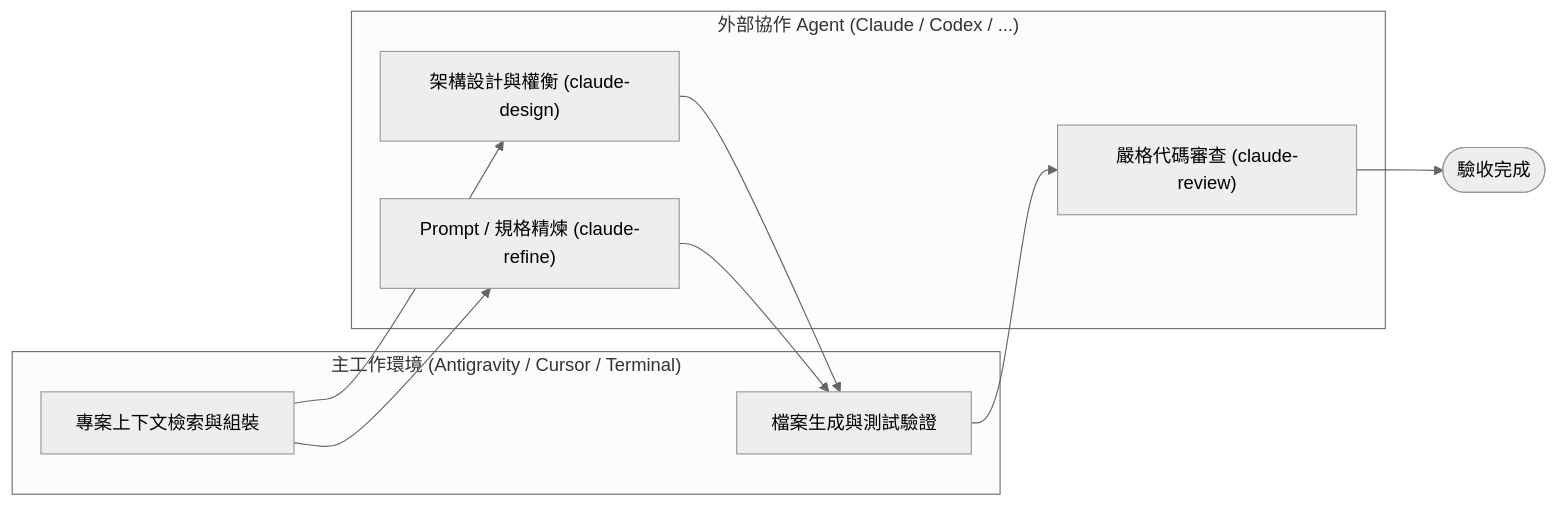
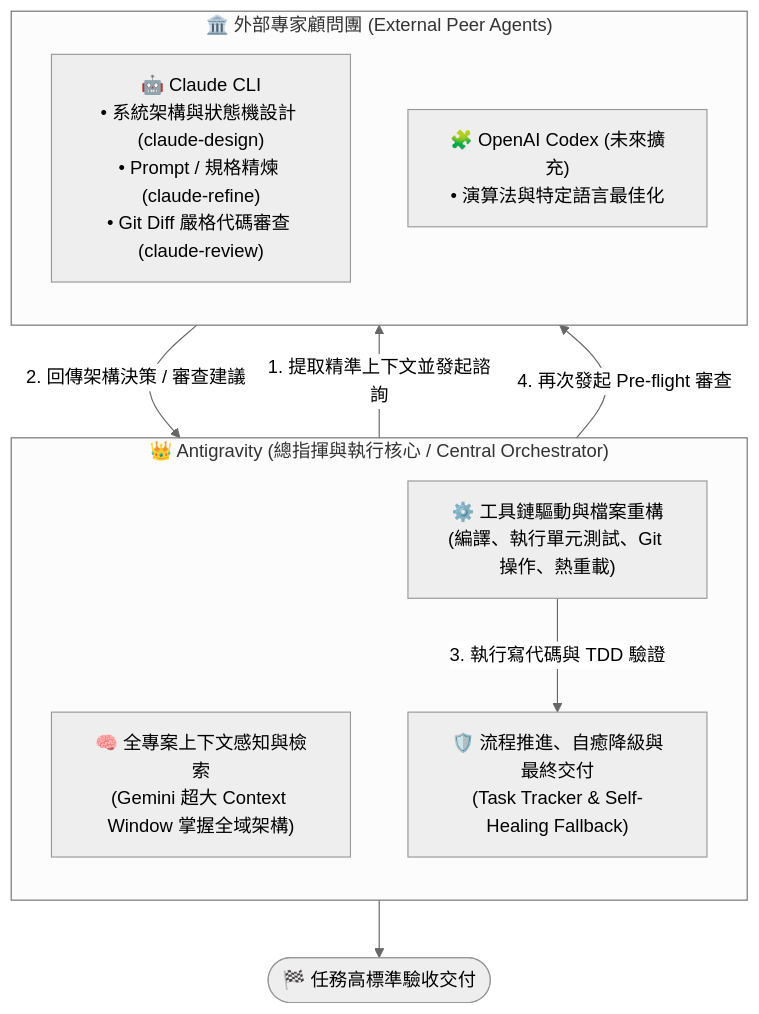
Before and after one commit to gogog22510/agent-collaborator: the first of 2 diagrams in README.md, drawn with Mermaid (neutral theme). The commit also changed other lines of this file, not shown here.

Commit message:
docs: emphasize Antigravity as the central Orchestrator in architecture and workflow

````diff
--- a/README.md
+++ b/README.md
@@ -16,17 +14,21 @@
 ```mermaid
-flowchart LR
-    subgraph Host["主工作環境 (Antigravity / Cursor / Terminal)"]
-        Context["專案上下文檢索與組裝"]
-        Exec["檔案生成與測試驗證"]
+flowchart TD
+    subgraph Orchestrator["👑 Antigravity (總指揮與執行核心 / Central Orchestrator)"]
+        direction TB
+        Awareness["🧠 全專案上下文感知與檢索<br/>(Gemini 超大 Context Window 掌握全域架構)"]
+        Engine["⚙️ 工具鏈驅動與檔案重構<br/>(編譯、執行單元測試、Git 操作、熱重載)"]
+        Supervisor["🛡️ 流程推進、自癒降級與最終交付<br/>(Task Tracker & Self-Healing Fallback)"]
     end
 
-    subgraph PeerAgents["外部協作 Agent (Claude / Codex / ...)"]
-        Design["架構設計與權衡 (claude-design)"]
-        Refine["Prompt / 規格精煉 (claude-refine)"]
-        Review["嚴格代碼審查 (claude-review)"]
+    subgraph PeerCouncil["🏛️ 外部專家顧問團 (External Peer Agents)"]
+        direction TB
+        Claude["🤖 Claude CLI<br/>• 系統架構與狀態機設計 (claude-design)<br/>• Prompt / 規格精煉 (claude-refine)<br/>• Git Diff 嚴格代碼審查 (claude-review)"]
+        Codex["🧩 OpenAI Codex (未來擴充)<br/>• 演算法與特定語言最佳化"]
     end
 
-    Context --> Design --> Exec
-    Context --> Refine --> Exec
-    Exec --> Review --> Done(["驗收完成"])
+    Awareness -->|1. 提取精準上下文並發起諮詢| Claude
+    Claude -->|2. 回傳架構決策 / 審查建議| Engine
+    Engine -->|3. 執行寫代碼與 TDD 驗證| Supervisor
+    Supervisor -->|4. 再次發起 Pre-flight 審查| Claude
+    Supervisor --> Done(["🏁 任務高標準驗收交付"])
 ```
````
